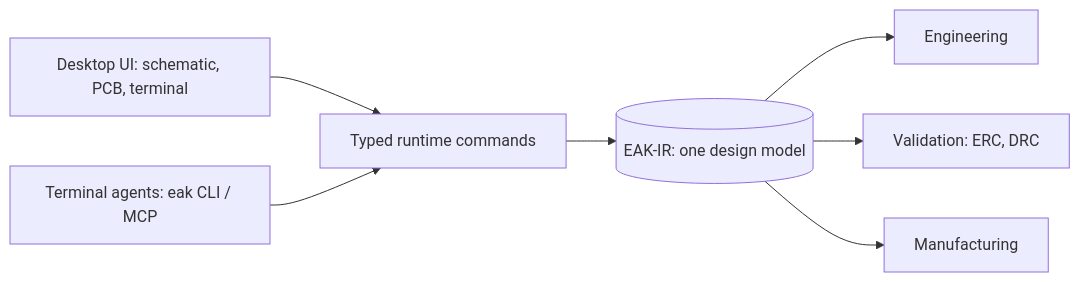
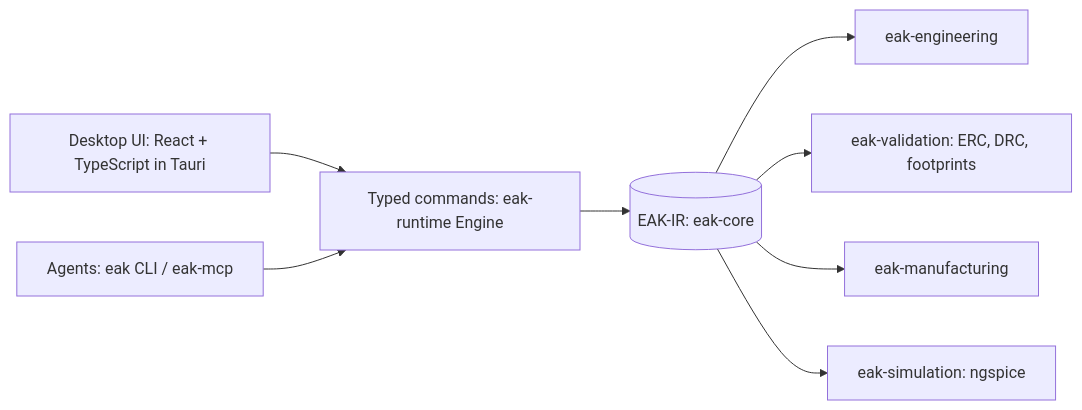
The diagram in README.md (NijoP/electronics-agent-kit-new-prototype), drawn with Mermaid before and after one commit. The commit also changed other lines of this file, not shown here.

Commit message:
docs: rewrite EAK README for electronics engineers

````diff
--- a/README.md
+++ b/README.md
@@ -244,9 +309,10 @@
 ```mermaid
 flowchart LR
-  UI[Desktop UI: schematic, PCB, terminal] --> CMD[Typed runtime commands]
-  AGENT[Terminal agents: eak CLI / MCP] --> CMD
-  CMD --> IR[(EAK-IR: one design model)]
-  IR --> ENG[Engineering]
-  IR --> VAL[Validation: ERC, DRC]
-  IR --> MFG[Manufacturing]
+  UI[Desktop UI: React + TypeScript in Tauri] --> CMD[Typed commands: eak-runtime Engine]
+  AGENT[Agents: eak CLI / eak-mcp] --> CMD
+  CMD --> IR[(EAK-IR: eak-core)]
+  IR --> ENG[eak-engineering]
+  IR --> VAL[eak-validation: ERC, DRC, footprints]
+  IR --> MFG[eak-manufacturing]
+  IR --> SIM[eak-simulation: ngspice]
 ```
````
